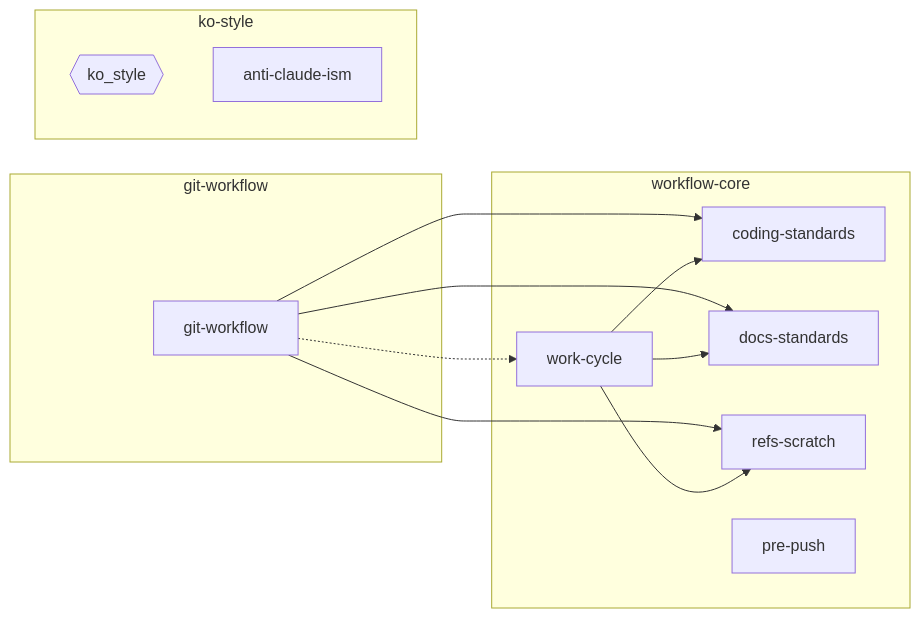
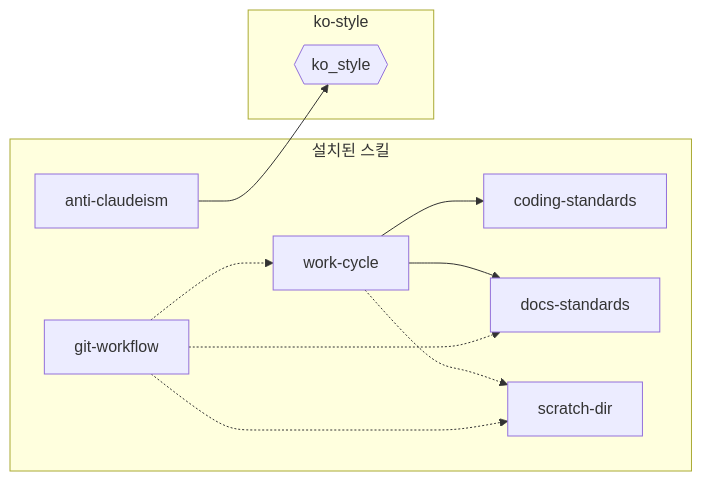
One commit to nil-park/claude-workflow-kit changed the diagram in docs/architecture/component-dependency.md. Above: the diagram before and after it, drawn with Mermaid. The commit also changed other lines of this file and 3 other files, not shown here.

First line of the commit message:
Redraw the component dependency diagram

````diff
--- a/docs/architecture/component-dependency.md
+++ b/docs/architecture/component-dependency.md
@@ -3,25 +3,22 @@
 ```mermaid
 flowchart LR
-  subgraph gw["git-workflow"]
-    gwf["git-workflow"]
-  end
-  subgraph wc["workflow-core"]
-    cyc["work-cycle"]
+  subgraph inst["설치된 스킬"]
+    wc["work-cycle"]
     cs["coding-standards"]
     ds["docs-standards"]
-    rs["refs-scratch"]
-    pp["pre-push"]
+    sd["scratch-dir"]
+    gw["git-workflow"]
+    ac["anti-claudeism"]
   end
   subgraph ks["ko-style"]
     hook{{"ko_style"}}
-    aci["anti-claude-ism"]
   end
 
-  gwf --> cs
-  gwf --> ds
-  gwf --> rs
-  gwf -.-> cyc
-  cyc --> cs
-  cyc --> ds
-  cyc --> rs
+  wc --> cs
+  wc --> ds
+  wc -.-> sd
+  gw -.-> wc
+  gw -.-> ds
+  gw -.-> sd
+  ac --> hook
 ```
````
